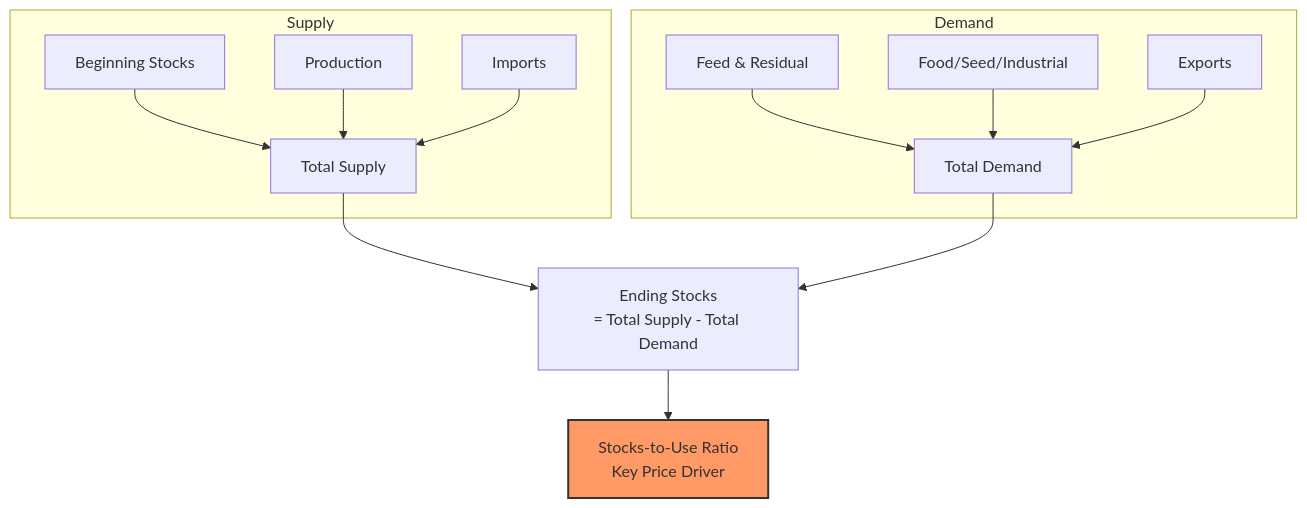
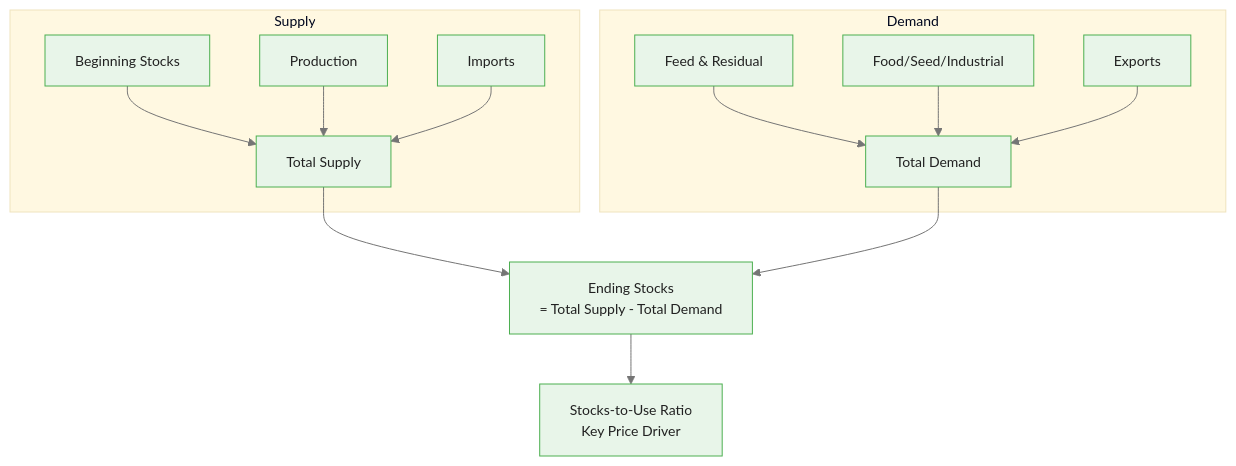
The second of 5 diagrams in courses/genai-commodities/modules/module_01_report_processing/guides/02_usda_reports_slides.md (m-deane/course-creator), drawn with Mermaid before and after one commit. The commit also changed other lines of this file and 84 other files, not shown here.

````diff
--- a/courses/genai-commodities/modules/module_01_report_processing/guides/02_usda_reports_slides.md
+++ b/courses/genai-commodities/modules/module_01_report_processing/guides/02_usda_reports_slides.md
@@ -296,20 +327,19 @@
 ```mermaid
+%%{init: {"theme": "base", "themeVariables": {"primaryColor": "#e8f5e9", "primaryBorderColor": "#4caf50", "primaryTextColor": "#212121", "secondaryColor": "#e3f2fd", "tertiaryColor": "#fff8e1", "lineColor": "#757575", "fontFamily": "Inter, sans-serif", "fontSize": "14px"}}}%%
 graph TD
     subgraph Supply
         A[Beginning Stocks] --> E[Total Supply]
         B[Production] --> E
         C[Imports] --> E
     end
 
     subgraph Demand
         F[Feed & Residual] --> I[Total Demand]
         G[Food/Seed/Industrial] --> I
         H[Exports] --> I
     end
 
     E --> J[Ending Stocks<br/>= Total Supply - Total Demand]
     I --> J
     J --> K[Stocks-to-Use Ratio<br/>Key Price Driver]
-
-    style K fill:#f96,stroke:#333,stroke-width:2px
 ```
````
